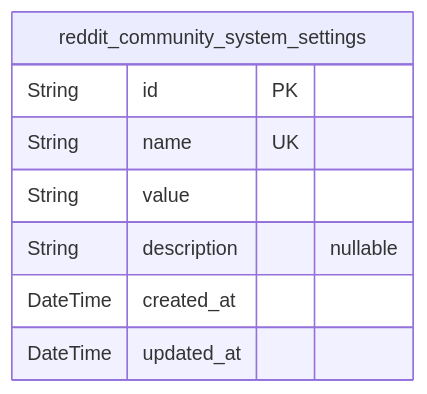
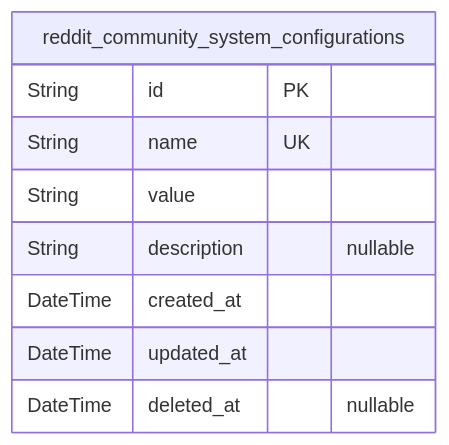
One commit to wrtnlabs/autobe-examples changed the first of 5 diagrams in openai/gpt-4.1-mini/reddit/docs/ERD.md. Above: the diagram before and after it, drawn with Mermaid. The commit also changed other lines of this file and 1746 other files, not shown here.

````diff
--- a/openai/gpt-4.1-mini/reddit/docs/ERD.md
+++ b/openai/gpt-4.1-mini/reddit/docs/ERD.md
@@ -17,11 +13,12 @@
 ```mermaid
 erDiagram
-"reddit_community_system_settings" {
+"reddit_community_system_configurations" {
   String id PK
   String name UK
   String value
   String description "nullable"
   DateTime created_at
   DateTime updated_at
+  DateTime deleted_at "nullable"
 }
 ```
````
